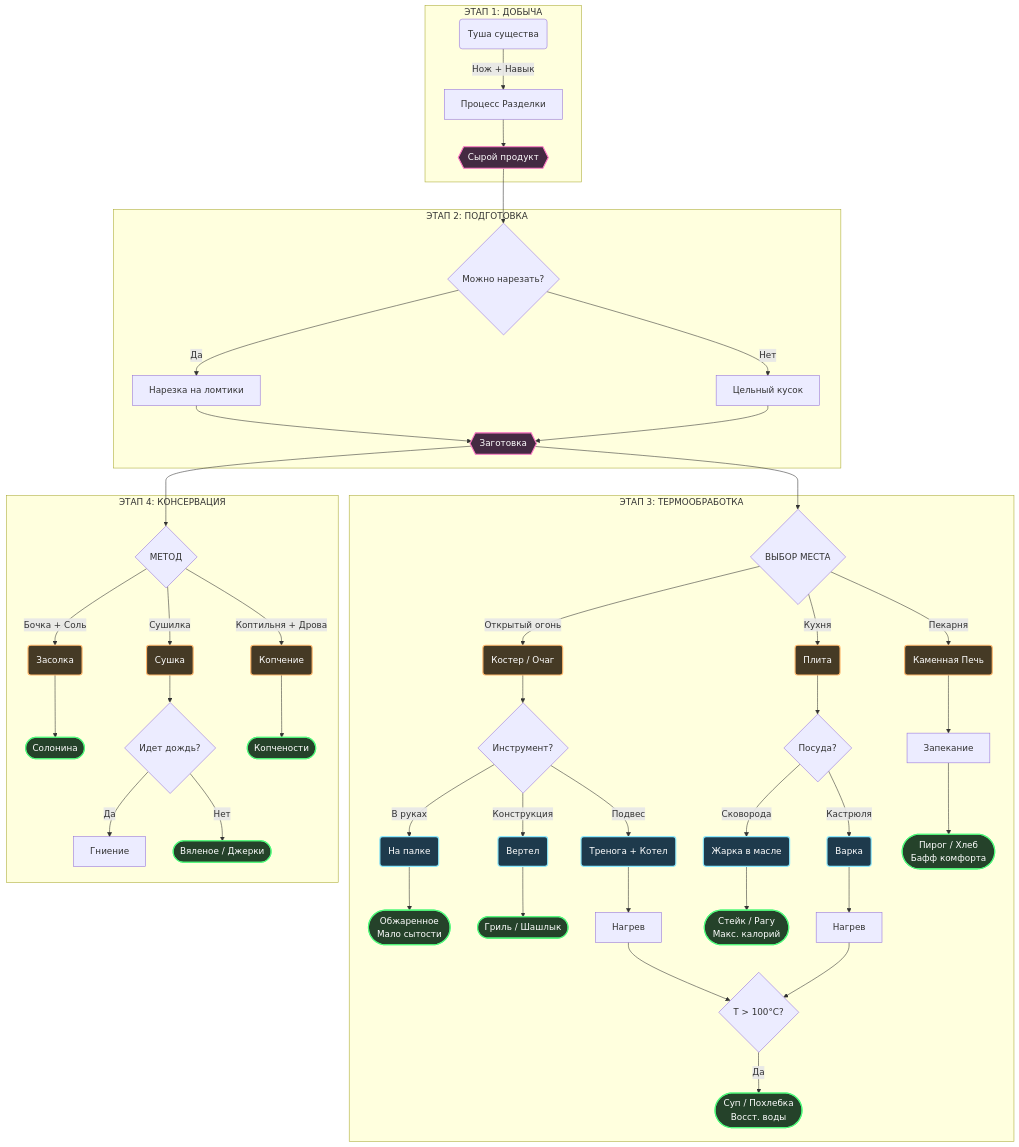
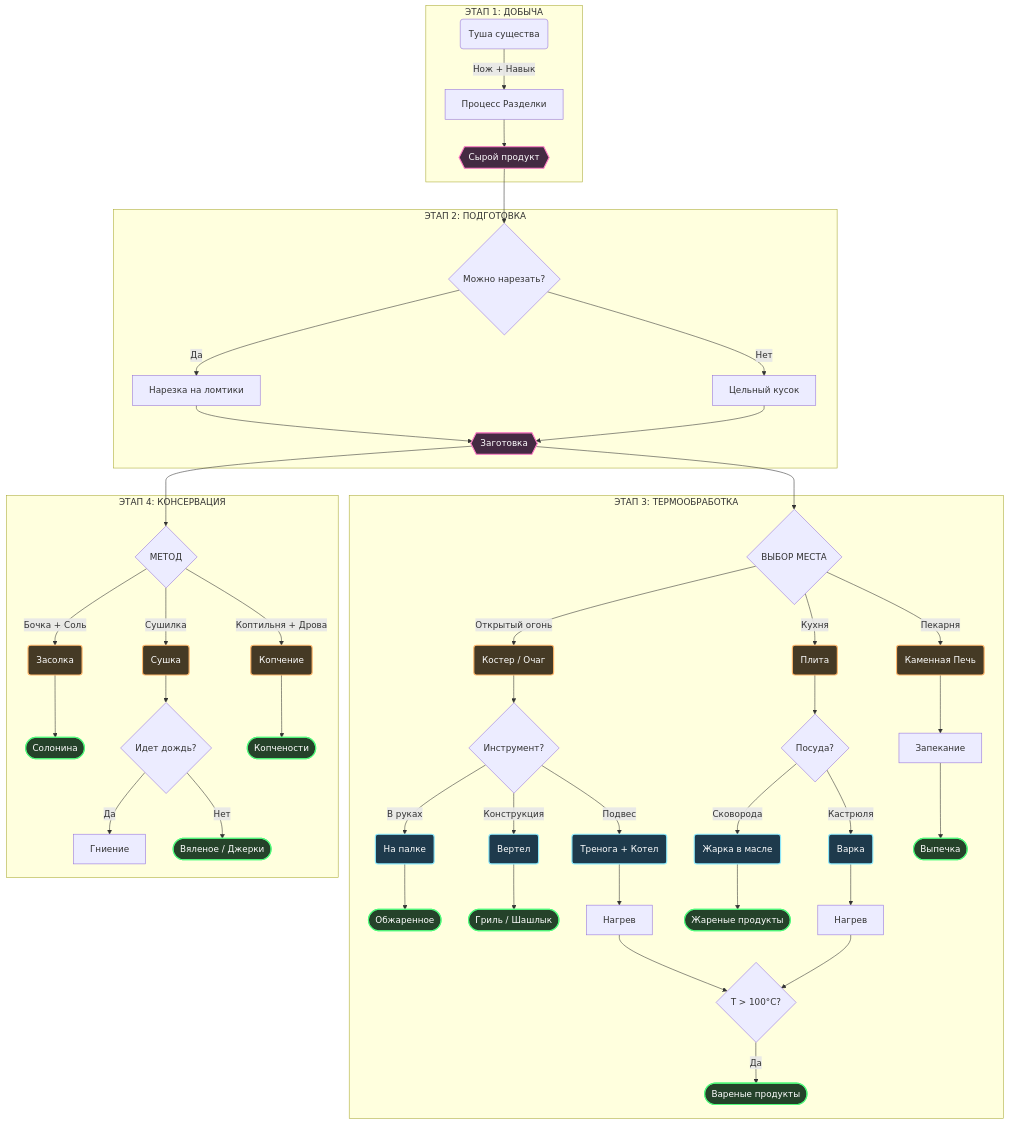
The diagram in src/industry/cooking.md (Shelkarian/Shelkarian.github.io), drawn with Mermaid before and after one commit.

````diff
--- a/src/industry/cooking.md
+++ b/src/industry/cooking.md
@@ -101,73 +101,73 @@
 ```mermaid
 graph TD
     %% СТИЛИ (Dark Mode Optimized)
     classDef resource fill:#442a42,stroke:#ff79c6,stroke-width:2px,color:#fff;
     classDef station fill:#453a25,stroke:#ffb86c,stroke-width:2px,color:#fff;
     classDef tool fill:#1e3a4c,stroke:#8be9fd,stroke-width:2px,color:#fff;
     classDef result fill:#25422a,stroke:#50fa7b,stroke-width:2px,color:#fff;
     
     subgraph STAGE1["ЭТАП 1: ДОБЫЧА"]
         Corpse(Туша существа) -->|Нож + Навык| Butcher[Процесс Разделки]
         Butcher --> RawRes:::resource
     end
 
     subgraph STAGE2["ЭТАП 2: ПОДГОТОВКА"]
         RawRes{{Сырой продукт}} --> CheckSlice{Можно нарезать?}
         CheckSlice -- "Да" --> Slicing[Нарезка на ломтики]
         CheckSlice -- "Нет" --> Whole[Цельный кусок]
         
         Slicing --> Prepared:::resource
         Whole --> Prepared{{Заготовка}}:::resource
     end
 
     subgraph STAGE3["ЭТАП 3: ТЕРМООБРАБОТКА"]
         Prepared --> ChooseStation{ВЫБОР МЕСТА}
         
         %% ВЕТКА КОСТРА
         ChooseStation -- "Открытый огонь" --> FireStation(Костер / Очаг):::station
         FireStation --> ToolFire{Инструмент?}
         
         ToolFire -- "В руках" --> Stick(На палке):::tool
-        Stick --> ResRoast([Обжаренное<br/>Мало сытости]):::result
+        Stick --> ResRoast([Обжаренное]):::result
         
         ToolFire -- "Конструкция" --> Spit(Вертел):::tool
         Spit --> ResGrill([Гриль / Шашлык]):::result
         
         ToolFire -- "Подвес" --> Tripod(Тренога + Котел):::tool
         Tripod --> HeatingFire[Нагрев]
         
         %% ВЕТКА ПЛИТЫ
         ChooseStation -- "Кухня" --> StoveStation(Плита):::station
         StoveStation --> ToolStove{Посуда?}
         
         ToolStove -- "Сковорода" --> Pan(Жарка в масле):::tool
-        Pan --> ResFry([Стейк / Рагу<br/>Макс. калорий]):::result
+        Pan --> ResFry([Жареные продукты]):::result
         
         ToolStove -- "Кастрюля" --> Pot(Варка):::tool
         Pot --> HeatingStove[Нагрев]
         
         %% ЛОГИКА ВАРКИ (ОБЩАЯ)
         HeatingFire & HeatingStove --> BoilCheck{Т > 100°C?}:::check
-        BoilCheck -- "Да" --> ResBoil([Суп / Похлебка<br/>Восст. воды]):::result
+        BoilCheck -- "Да" --> ResBoil([Вареные продукты]):::result
 
         %% ВЕТКА ПЕЧИ
         ChooseStation -- "Пекарня" --> OvenStation(Каменная Печь):::station
         OvenStation --> BakeProcess[Запекание]
-        BakeProcess --> ResBake([Пирог / Хлеб<br/>Бафф комфорта]):::result
+        BakeProcess --> ResBake([Выпечка]):::result
     end
 
     subgraph STAGE4["ЭТАП 4: КОНСЕРВАЦИЯ"]
         Prepared --> Preserve{МЕТОД}
         
         Preserve -- "Бочка + Соль" --> Barrel(Засолка):::station
         Barrel --> ResSalt([Солонина]):::result
         
         Preserve -- "Сушилка" --> Rack(Сушка):::station
         Rack --> CheckRain{Идет дождь?}:::check
         CheckRain -- "Да" --> Rot[Гниение]
         CheckRain -- "Нет" --> ResDry([Вяленое / Джерки]):::result
         
         Preserve -- "Коптильня + Дрова" --> Smoker(Копчение):::station
         Smoker --> ResSmoke([Копчености]):::result
     end
 ```
````
